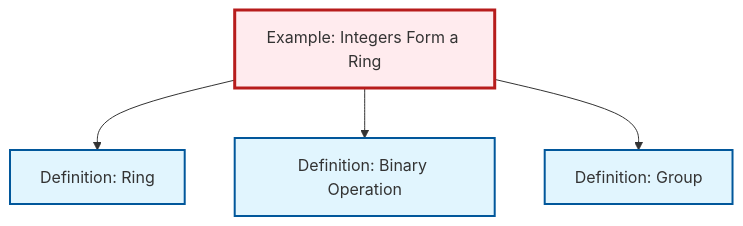
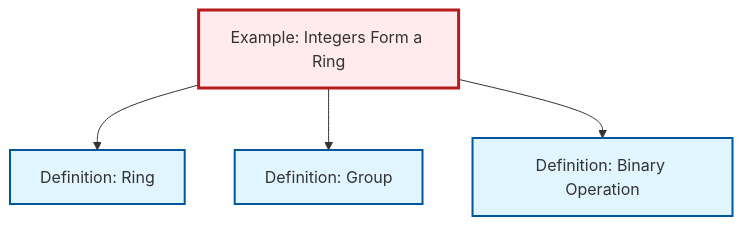
The diagram in content/en/algebra/ex-integers-ring.qmd (RK0429/ModernMath), drawn with Mermaid before and after one commit. The commit also changed 511 other files, not shown here.

````diff
--- a/content/en/algebra/ex-integers-ring.qmd
+++ b/content/en/algebra/ex-integers-ring.qmd
@@ -54,21 +54,17 @@
 ```{mermaid}
 %%| fig-cap: "Local dependency graph"
 graph TD
     classDef definition fill:#e1f5fe,stroke:#01579b,stroke-width:2px
     classDef theorem fill:#f3e5f5,stroke:#4a148c,stroke-width:2px
     classDef axiom fill:#fff3e0,stroke:#e65100,stroke-width:2px
     classDef example fill:#e8f5e9,stroke:#1b5e20,stroke-width:2px
     classDef current fill:#ffebee,stroke:#b71c1c,stroke-width:3px
     def-group["Definition: Group"]:::definition
-    def-ring["Definition: Ring"]:::definition
     ex-integers-ring["Example: Integers Form a Ring"]:::example
     def-binary-operation["Definition: Binary Operation"]:::definition
+    def-ring["Definition: Ring"]:::definition
     ex-integers-ring --> def-ring
+    ex-integers-ring --> def-group
     ex-integers-ring --> def-binary-operation
-    ex-integers-ring --> def-group
     class ex-integers-ring current
-
-    click def-group "def-group.html" "Go to Group definition"
-    click def-ring "def-ring.html" "Go to Ring definition"
-    click def-binary-operation "def-binary-operation.html" "Go to Binary Operation definition"
 ```
````
